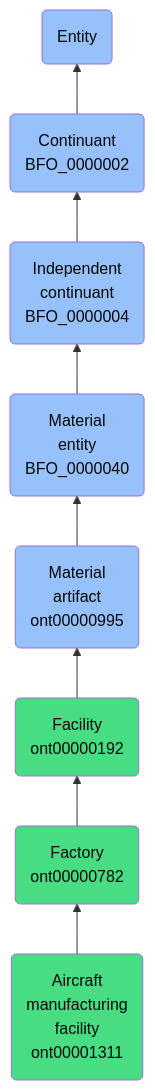
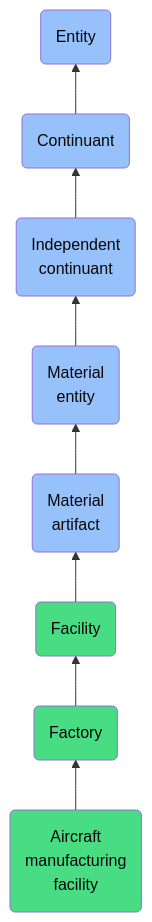
One commit to jupyter-naas/abi changed the diagram in docs/ontology/reference/model/Entity/Continuant/Independent continuant/Material entity/Material artifact/Facility/Factory/Aircraft manufacturing facility/Aircraft manufacturing facility.md. Above: the diagram before and after it, drawn with Mermaid. The commit also changed other lines of this file and 1430 other files, not shown here.

````diff
--- a/docs/ontology/reference/model/Entity/Continuant/Independent continuant/Material entity/Material artifact/Facility/Factory/Aircraft manufacturing facility/Aircraft manufacturing facility.md
+++ b/docs/ontology/reference/model/Entity/Continuant/Independent continuant/Material entity/Material artifact/Facility/Factory/Aircraft manufacturing facility/Aircraft manufacturing facility.md
@@ -24,15 +24,15 @@
 ```mermaid
 graph BT
-    ont00001311(Aircraft<br>manufacturing<br>facility<br>ont00001311):::ABI-->ont00000782
-    ont00000782(Factory<br>ont00000782):::ABI-->ont00000192
-    ont00000192(Facility<br>ont00000192):::ABI-->ont00000995
-    ont00000995(Material<br>artifact<br>ont00000995):::BFO-->BFO_0000040
-    BFO_0000040(Material<br>entity<br>BFO_0000040):::BFO-->BFO_0000004
-    BFO_0000004(Independent<br>continuant<br>BFO_0000004):::BFO-->BFO_0000002
-    BFO_0000002(Continuant<br>BFO_0000002):::BFO-->BFO_0000001
+    ont00001311(Aircraft<br>manufacturing<br>facility):::ABI-->ont00000782
+    ont00000782(Factory):::ABI-->ont00000192
+    ont00000192(Facility):::ABI-->ont00000995
+    ont00000995(Material<br>artifact):::BFO-->BFO_0000040
+    BFO_0000040(Material<br>entity):::BFO-->BFO_0000004
+    BFO_0000004(Independent<br>continuant):::BFO-->BFO_0000002
+    BFO_0000002(Continuant):::BFO-->BFO_0000001
     BFO_0000001(Entity):::BFO
     
     classDef BFO fill:#97c1fb,color:#060606
     classDef CCO fill:#e4c51e,color:#060606
     classDef ABI fill:#48DD82,color:#060606
 ```
````
